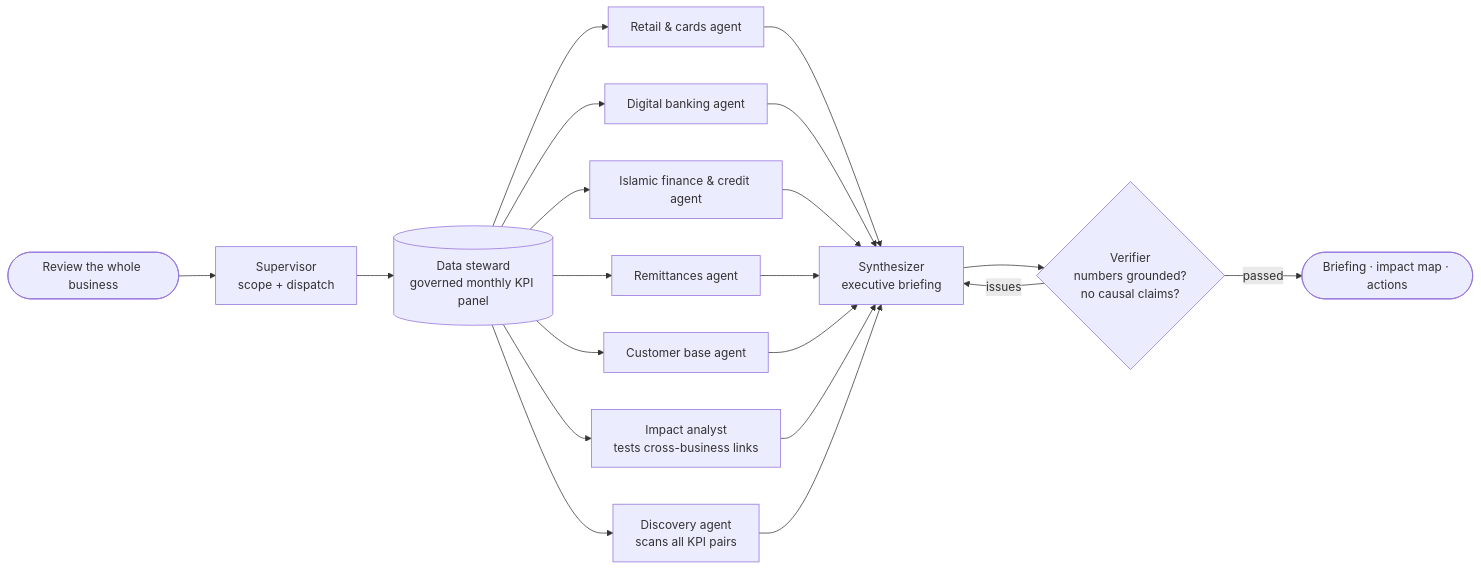
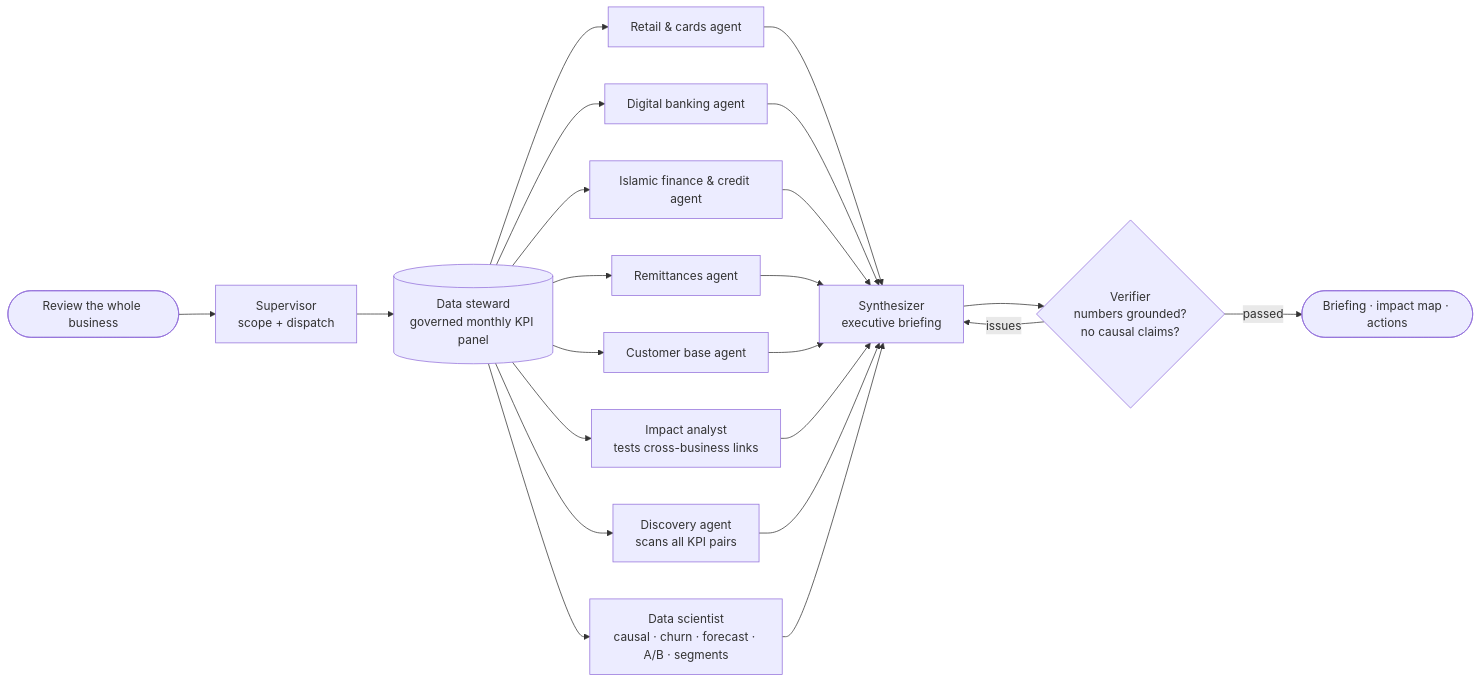
Before and after one commit to vickarzz/agentic-bi-analyst: the second of 2 diagrams in README.md, drawn with Mermaid. The commit also changed other lines of this file and 47 other files, not shown here.

Commit message:
Add Data Science Lab: causal inference, churn model, forecasting, A/B testing, segmentation

````diff
--- a/README.md
+++ b/README.md
@@ -114,16 +116,17 @@
 ```mermaid
 flowchart LR
     U([Review the whole business]) --> S[Supervisor<br/>scope + dispatch]
     S --> D[(Data steward<br/>governed monthly KPI panel)]
     D --> R[Retail & cards agent]
     D --> G[Digital banking agent]
     D --> C[Islamic finance & credit agent]
     D --> P[Remittances agent]
     D --> K[Customer base agent]
     D --> I[Impact analyst<br/>tests cross-business links]
     D --> X[Discovery agent<br/>scans all KPI pairs]
-    R & G & C & P & K & I & X --> W[Synthesizer<br/>executive briefing]
+    D --> Z[Data scientist<br/>causal · churn · forecast · A/B · segments]
+    R & G & C & P & K & I & X & Z --> W[Synthesizer<br/>executive briefing]
     W --> V{Verifier<br/>numbers grounded?<br/>no causal claims?}
     V -- issues --> W
     V -- passed --> B([Briefing · impact map · actions])
 ```
````
